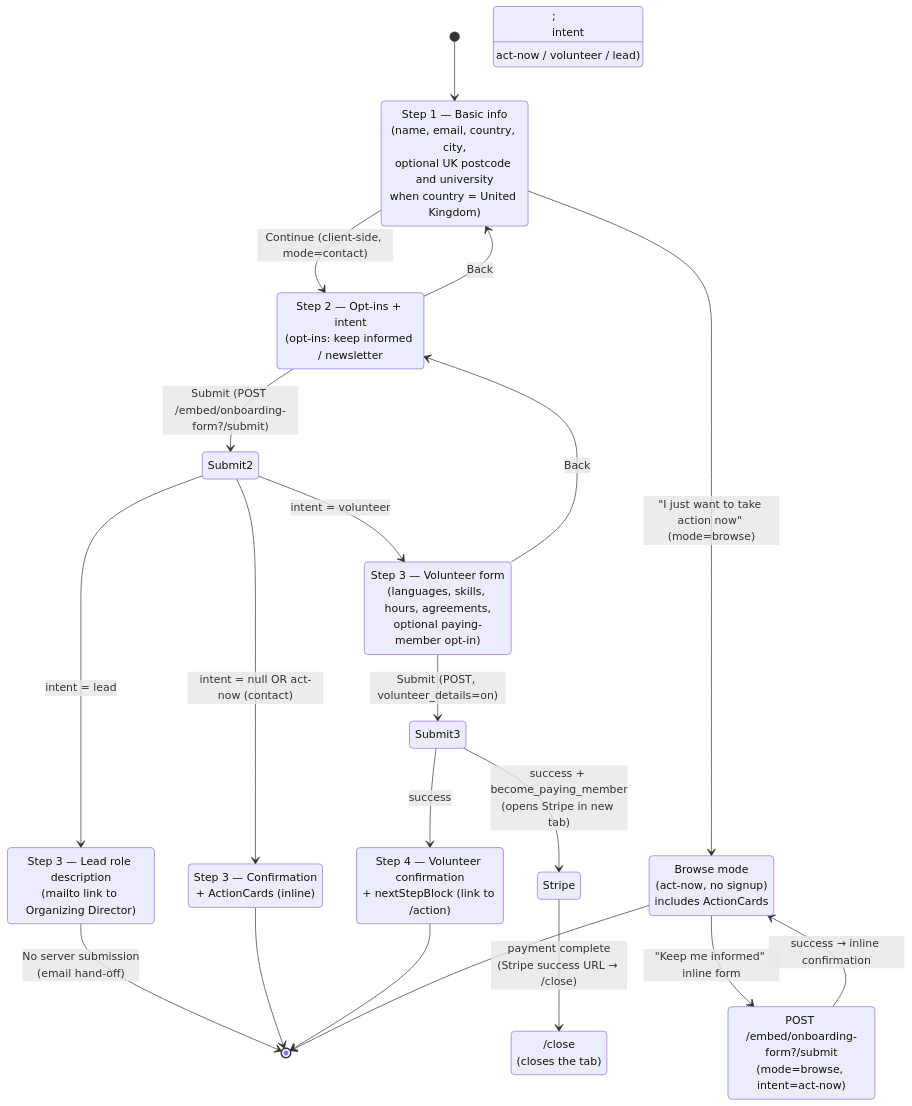
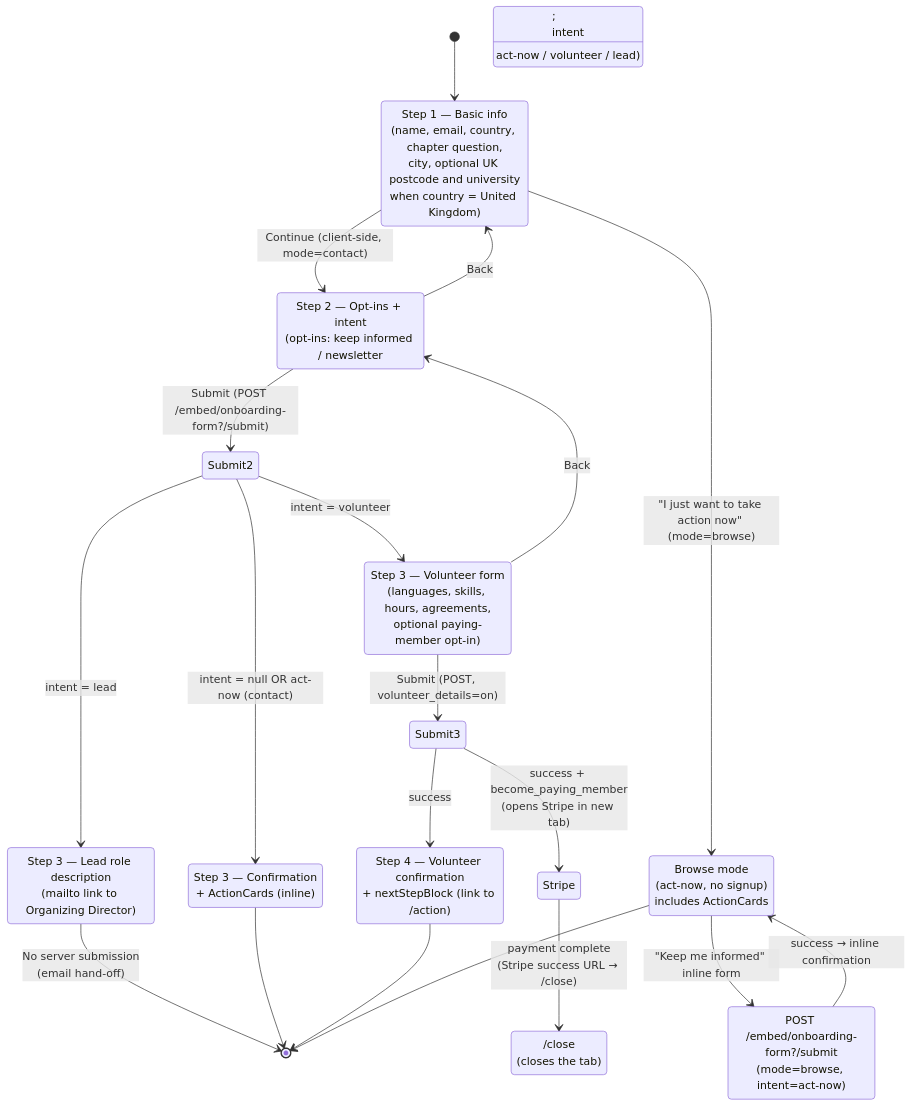
The second of 2 diagrams in docs/join-form-flow.md (PauseAI/pauseai-website), drawn with Mermaid before and after one commit. The commit also changed other lines of this file and 5 other files, not shown here.

First line of the commit message:
feat(onboarding): ask the chapter question on /join step 1, after the country, and shorten its explanation

````diff
--- a/docs/join-form-flow.md
+++ b/docs/join-form-flow.md
@@ -325,36 +326,36 @@
 ```mermaid
 stateDiagram-v2
     [*] --> Step1
-    Step1: Step 1 — Basic info<br/>(name, email, country, city,<br/>optional UK postcode and university<br/>when country = United Kingdom)
+    Step1: Step 1 — Basic info<br/>(name, email, country, chapter question,<br/>city, optional UK postcode and university<br/>when country = United Kingdom)
     Step1 --> Step2: Continue (client-side, mode=contact)
     Step1 --> Browse: "I just want to take action now" (mode=browse)
     Browse: Browse mode<br/>(act-now, no signup)<br/>includes ActionCards
 
     Step2: Step 2 — Opt-ins + intent<br/>(opt-ins: keep informed / newsletter;<br/>intent: act-now / volunteer / lead)
     Step2 --> Step1: Back
     Step2 --> Submit2: Submit (POST /embed/onboarding-form?/submit)
     Submit2 --> Step3Confirm: intent = null OR act-now (contact)
     Submit2 --> Step3Volunteer: intent = volunteer
     Submit2 --> Step3Lead: intent = lead
 
     Browse --> BrowseSignup: "Keep me informed" inline form
     BrowseSignup: POST /embed/onboarding-form?/submit<br/>(mode=browse, intent=act-now)
     BrowseSignup --> Browse: success → inline confirmation
 
     Step3Volunteer: Step 3 — Volunteer form<br/>(languages, skills, hours, agreements,<br/>optional paying-member opt-in)
     Step3Volunteer --> Step2: Back
     Step3Volunteer --> Submit3: Submit (POST, volunteer_details=on)
     Submit3 --> Stripe: success + become_paying_member<br/>(opens Stripe in new tab)
     Stripe --> Close: payment complete<br/>(Stripe success URL → /close)
     Close: /close<br/>(closes the tab)
     Submit3 --> Step4: success
 
     Step3Lead: Step 3 — Lead role description<br/>(mailto link to Organizing Director)
     Step3Lead --> [*]: No server submission<br/>(email hand-off)
 
     Step3Confirm: Step 3 — Confirmation<br/>+ ActionCards (inline)
     Step4: Step 4 — Volunteer confirmation<br/>+ nextStepBlock (link to /action)
     Step3Confirm --> [*]
     Step4 --> [*]
     Browse --> [*]
 ```
````
